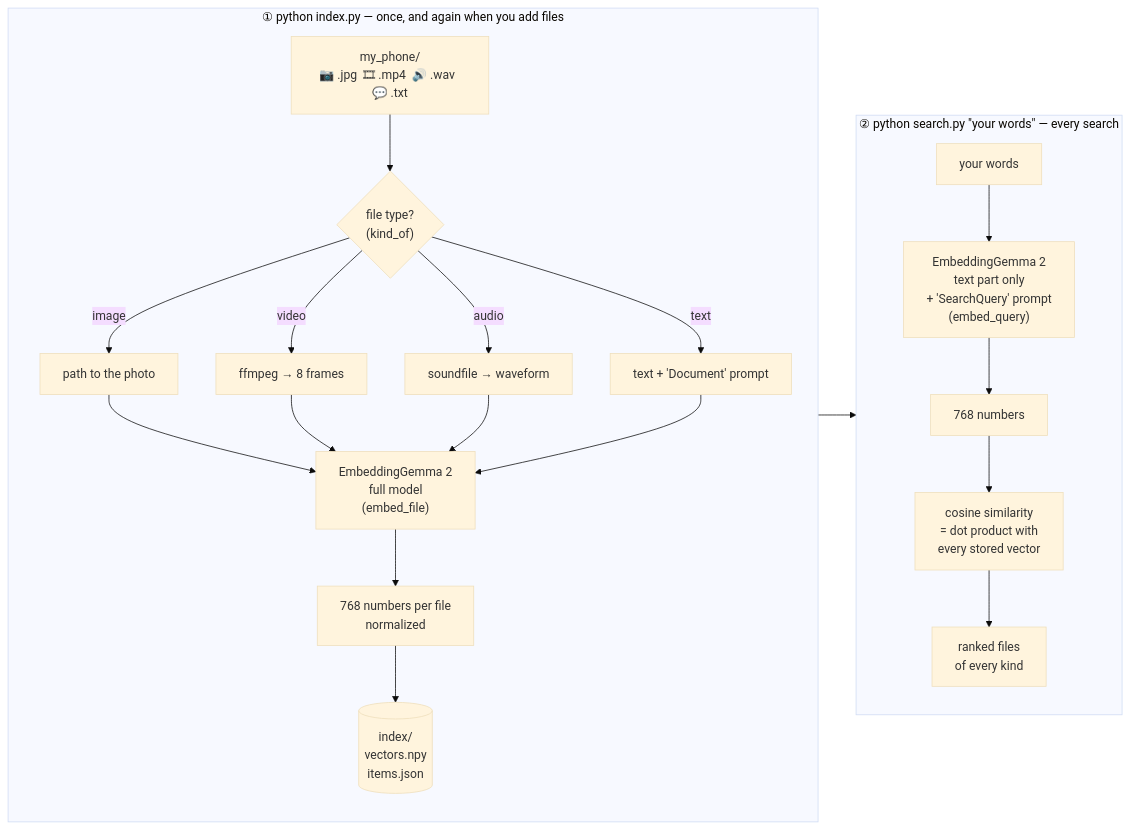
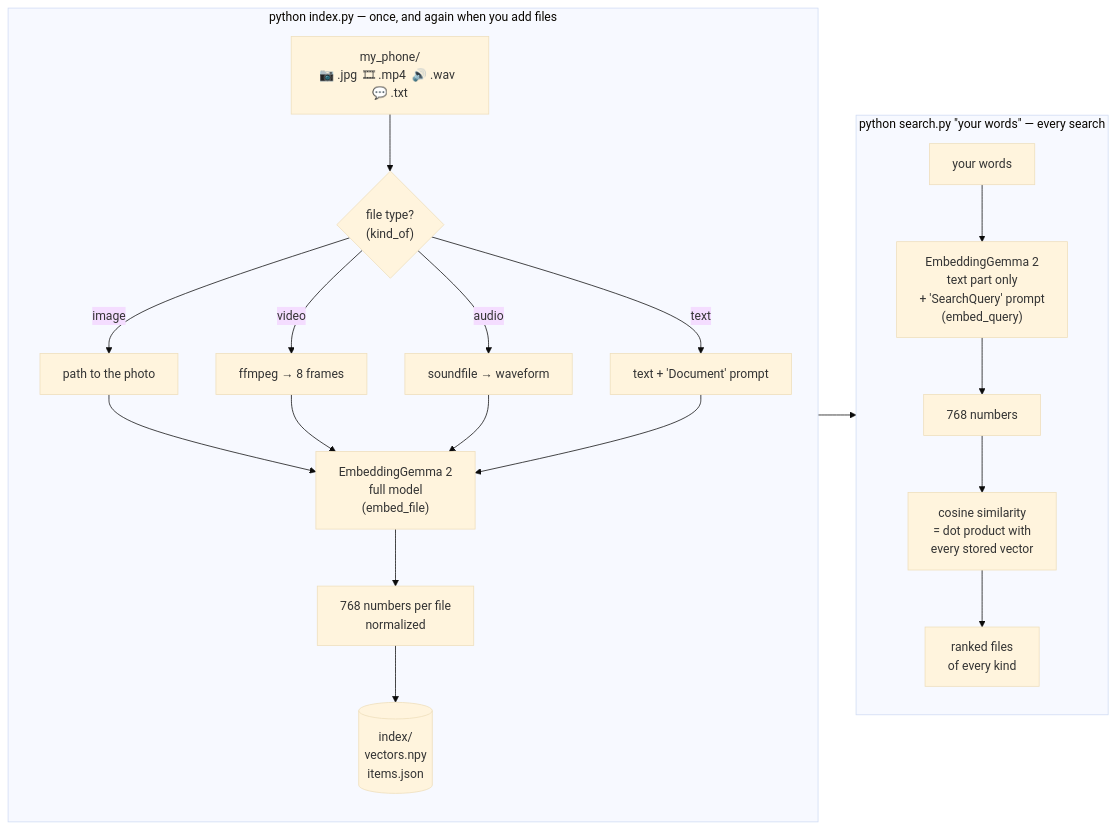
One commit to ranjankndev/embeddinggemma2-search changed the diagram in README.md. Above: the diagram before and after it, drawn with Mermaid (base theme).

Commit message:
Fix formatting in README for clarity

````diff
--- a/README.md
+++ b/README.md
@@ -25,24 +25,24 @@
 ```mermaid
 flowchart LR
-    subgraph ONCE["① python index.py — once, and again when you add files"]
+    subgraph ONCE["python index.py — once, and again when you add files"]
         direction TB
         F["my_phone/<br/>📷 .jpg  🎞 .mp4  🔊 .wav  💬 .txt"] --> K{"file type?<br/>(kind_of)"}
         K -->|image| I["path to the photo"]
         K -->|video| V["ffmpeg → 8 frames"]
         K -->|audio| A["soundfile → waveform"]
         K -->|text| T["text + 'Document' prompt"]
         I & V & A & T --> M1["EmbeddingGemma 2<br/>full model<br/>(embed_file)"]
         M1 --> E1["768 numbers per file<br/>normalized"]
         E1 --> DB[("index/<br/>vectors.npy<br/>items.json")]
     end
 
-    subgraph EACH["② python search.py &quot;your words&quot; — every search"]
+    subgraph EACH[" python search.py &quot;your words&quot; — every search"]
         direction TB
         Q["your words"] --> M2["EmbeddingGemma 2<br/>text part only<br/>+ 'SearchQuery' prompt<br/>(embed_query)"]
         M2 --> E2["768 numbers"]
         E2 --> C["cosine similarity<br/>= dot product with<br/>every stored vector"]
         C --> R["ranked files<br/>of every kind"]
     end
 
     DB --> C
 ```
````
